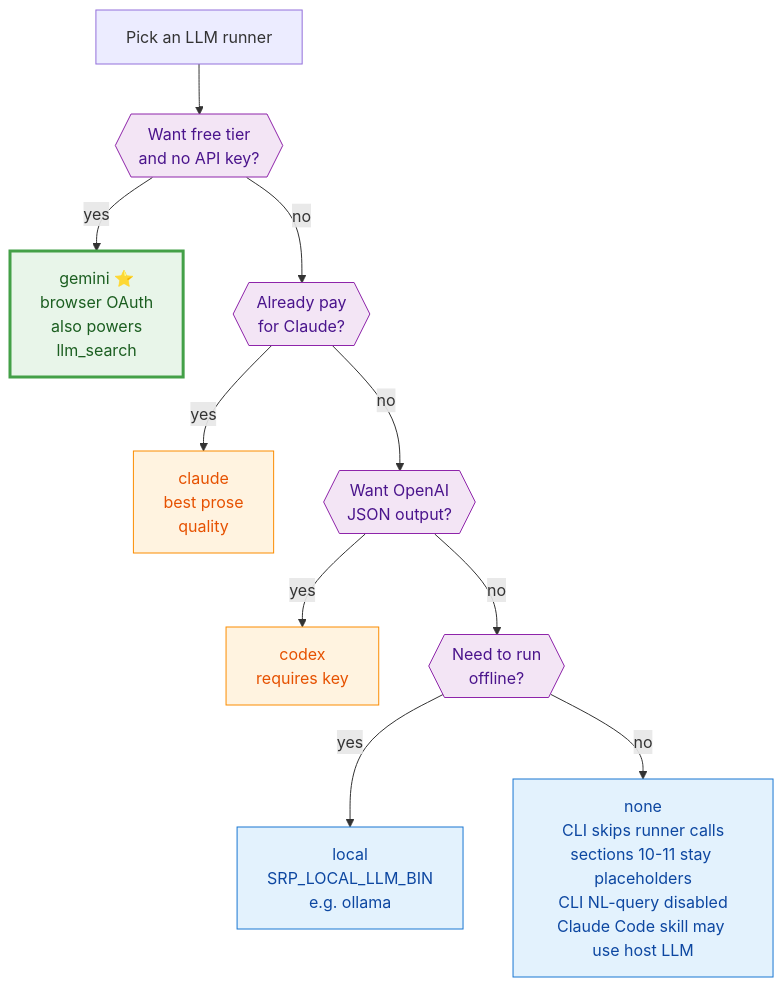
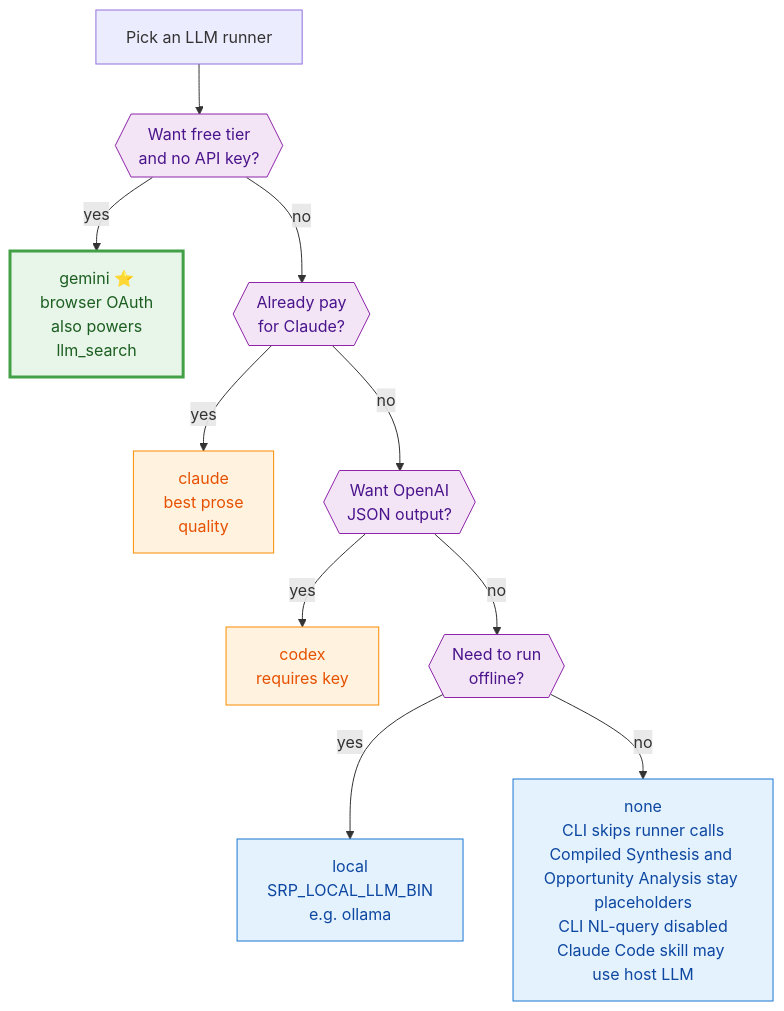
The diagram in docs/diagrams/src/runner_choice.mmd (reshinto/social-research-probe), drawn with Mermaid before and after one commit. The commit also changed 87 other files, not shown here.

```diff
--- a/docs/diagrams/src/runner_choice.mmd
+++ b/docs/diagrams/src/runner_choice.mmd
@@ -1,19 +1,19 @@
 graph TD
     Q["Pick an LLM runner"] --> A{{"Want free tier<br/>and no API key?"}}
     A -->|yes| G["gemini ⭐<br/>browser OAuth<br/>also powers<br/>llm_search"]
     A -->|no| B{{"Already pay<br/>for Claude?"}}
     B -->|yes| C["claude<br/>best prose<br/>quality"]
     B -->|no| D{{"Want OpenAI<br/>JSON output?"}}
     D -->|yes| E["codex<br/>requires key"]
     D -->|no| F{{"Need to run<br/>offline?"}}
     F -->|yes| H["local<br/>SRP_LOCAL_LLM_BIN<br/>e.g. ollama"]
-    F -->|no| I["none<br/>CLI skips runner calls<br/>sections 10-11 stay placeholders<br/>CLI NL-query disabled<br/>Claude Code skill may use host LLM"]
+    F -->|no| I["none<br/>CLI skips runner calls<br/>Compiled Synthesis and Opportunity Analysis stay placeholders<br/>CLI NL-query disabled<br/>Claude Code skill may use host LLM"]
 
     classDef recommended fill:#e8f5e9,stroke:#43a047,color:#1b5e20,stroke-width:3px;
     classDef paid fill:#fff3e0,stroke:#fb8c00,color:#e65100;
     classDef local fill:#e3f2fd,stroke:#1976d2,color:#0d47a1;
     classDef decide fill:#f3e5f5,stroke:#8e24aa,color:#4a148c;
     class G recommended;
     class C,E paid;
     class H,I local;
     class A,B,D,F decide;
```
